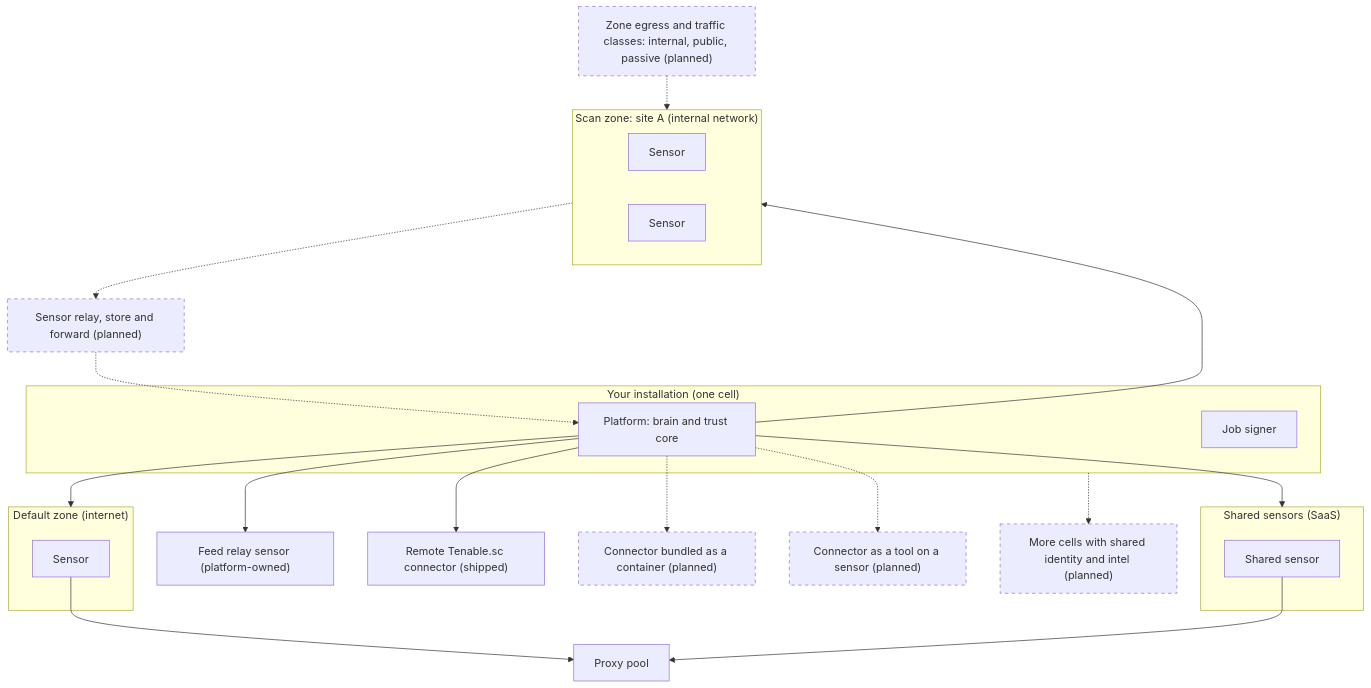
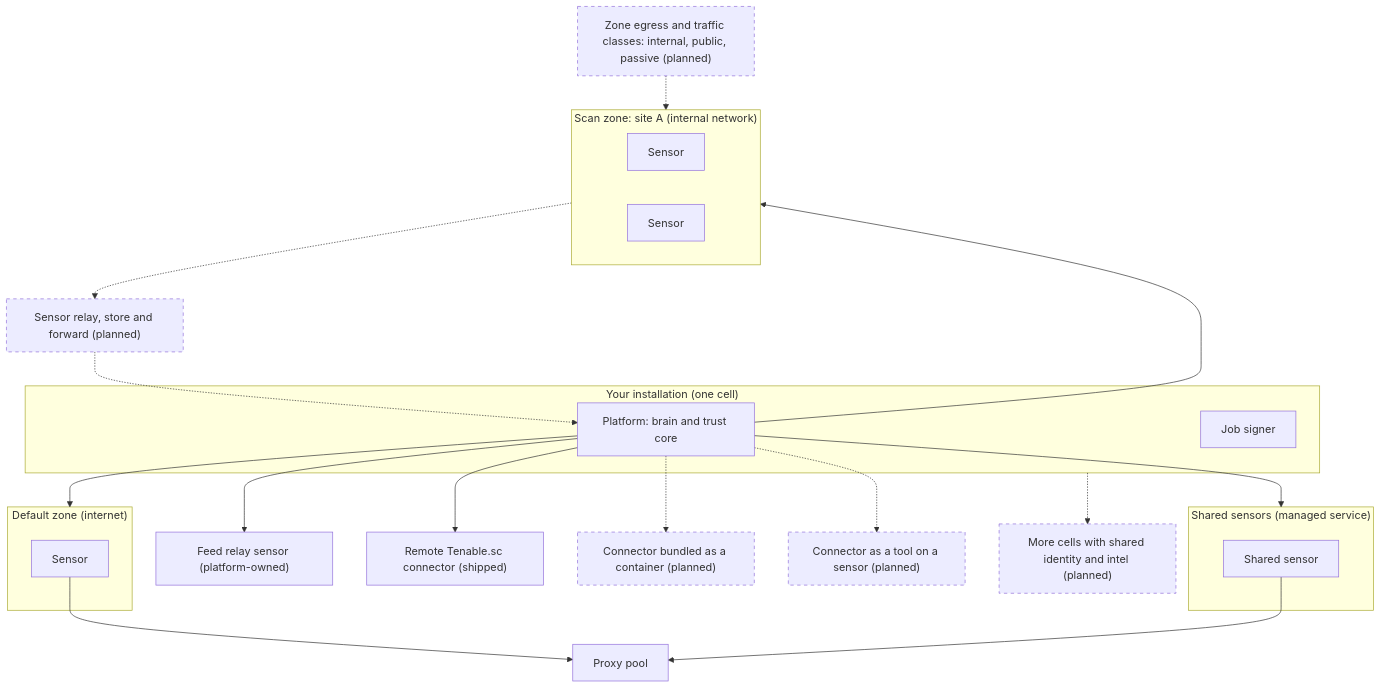
The ninth of 9 diagrams in how-it-works/the-machine.md (openctemio/docs), drawn with Mermaid before and after one commit. The commit also changed other lines of this file and 12 other files, not shown here.

````diff
--- a/how-it-works/the-machine.md
+++ b/how-it-works/the-machine.md
@@ -309,38 +309,38 @@
 ```mermaid
 flowchart TB
   classDef planned stroke-dasharray: 5 5
   subgraph CELL["Your installation (one cell)"]
     API["Platform: brain and trust core"]
     SIGN["Job signer"]
   end
   subgraph ZA["Scan zone: site A (internal network)"]
     SA1["Sensor"]
     SA2["Sensor"]
   end
   subgraph ZD["Default zone (internet)"]
     SD1["Sensor"]
   end
-  subgraph SH["Shared sensors (SaaS)"]
+  subgraph SH["Shared sensors (managed service)"]
     SS1["Shared sensor"]
   end
   FR["Feed relay sensor (platform-owned)"]
   CR["Remote Tenable.sc connector (shipped)"]
   CB["Connector bundled as a container (planned)"]:::planned
   CT["Connector as a tool on a sensor (planned)"]:::planned
   PP["Proxy pool"]
   EGC["Zone egress and traffic classes: internal, public, passive (planned)"]:::planned
   CELL2["More cells with shared identity and intel (planned)"]:::planned
   RELAY["Sensor relay, store and forward (planned)"]:::planned
   API --> ZA
   API --> ZD
   API --> SH
   API --> FR
   API --> CR
   API -.-> CB
   API -.-> CT
   SD1 --> PP
   SS1 --> PP
   EGC -.-> ZA
   ZA -.-> RELAY -.-> API
   CELL -.-> CELL2
 ```
````
